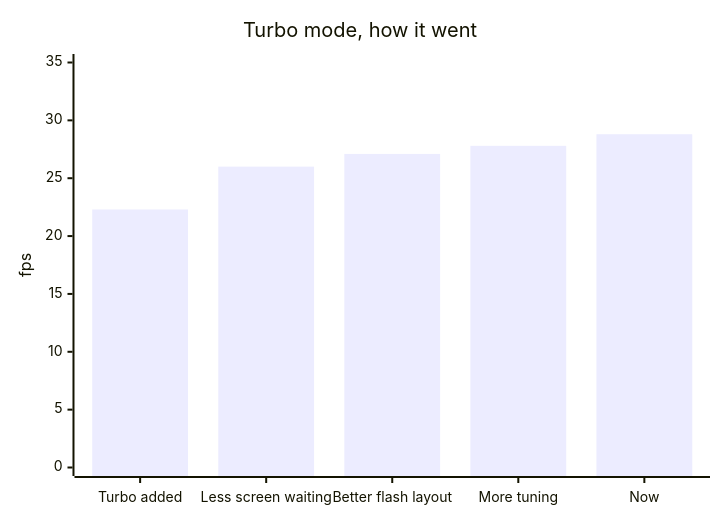
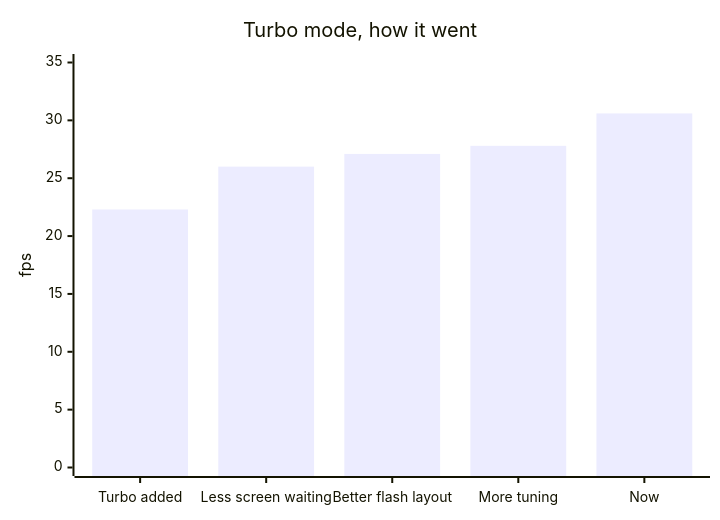
One commit to Dee-1862/quake-rp2040 changed the second of 5 diagrams in README.md. Above: the diagram before and after it, drawn with Mermaid. The commit also changed other lines of this file and 3 other files, not shown here.

````diff
--- a/README.md
+++ b/README.md
@@ -41,7 +41,7 @@
 ```mermaid
 xychart-beta
   title "Turbo mode, how it went"
   x-axis ["Turbo added", "Less screen waiting", "Better flash layout", "More tuning", "Now"]
   y-axis "fps" 0 --> 35
-  bar [22.3, 26.0, 27.1, 27.8, 28.8]
+  bar [22.3, 26.0, 27.1, 27.8, 30.6]
 ```
````
